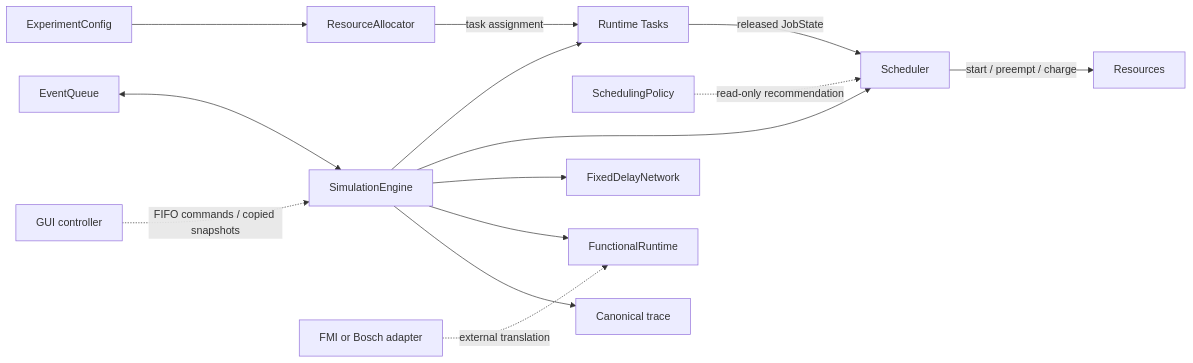
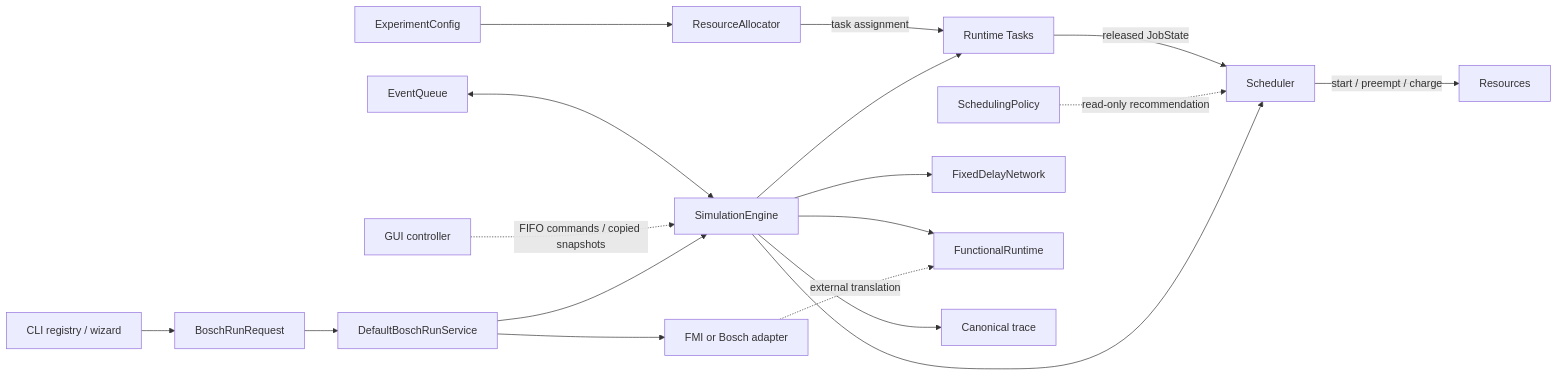
Before and after one commit to gaochuanchao/CPSSim: the first of 5 diagrams in docs/MODULE-INTERACTIONS.md, drawn with Mermaid. The commit also changed other lines of this file and 55 other files, not shown here.

````diff
--- a/docs/MODULE-INTERACTIONS.md
+++ b/docs/MODULE-INTERACTIONS.md
@@ -13,18 +13,22 @@
 ```mermaid
 flowchart LR
     Config[ExperimentConfig] --> Allocator[ResourceAllocator]
     Allocator -->|task assignment| Tasks[Runtime Tasks]
     Tasks -->|released JobState| Scheduler[Scheduler]
     Policy[SchedulingPolicy] -. read-only recommendation .-> Scheduler
     Scheduler -->|start / preempt / charge| Resources[Resources]
 
     Queue[EventQueue] <--> Engine[SimulationEngine]
     Engine --> Tasks
     Engine --> Scheduler
     Engine --> Network[FixedDelayNetwork]
     Engine --> Functional[FunctionalRuntime]
     Engine --> Trace[Canonical trace]
 
     Controller[GUI controller] -. FIFO commands / copied snapshots .-> Engine
     Adapter[FMI or Bosch adapter] -. external translation .-> Functional
+    CLI[CLI registry / wizard] --> Request[BoschRunRequest]
+    Request --> Service[DefaultBoschRunService]
+    Service --> Adapter
+    Service --> Engine
 ```
````
